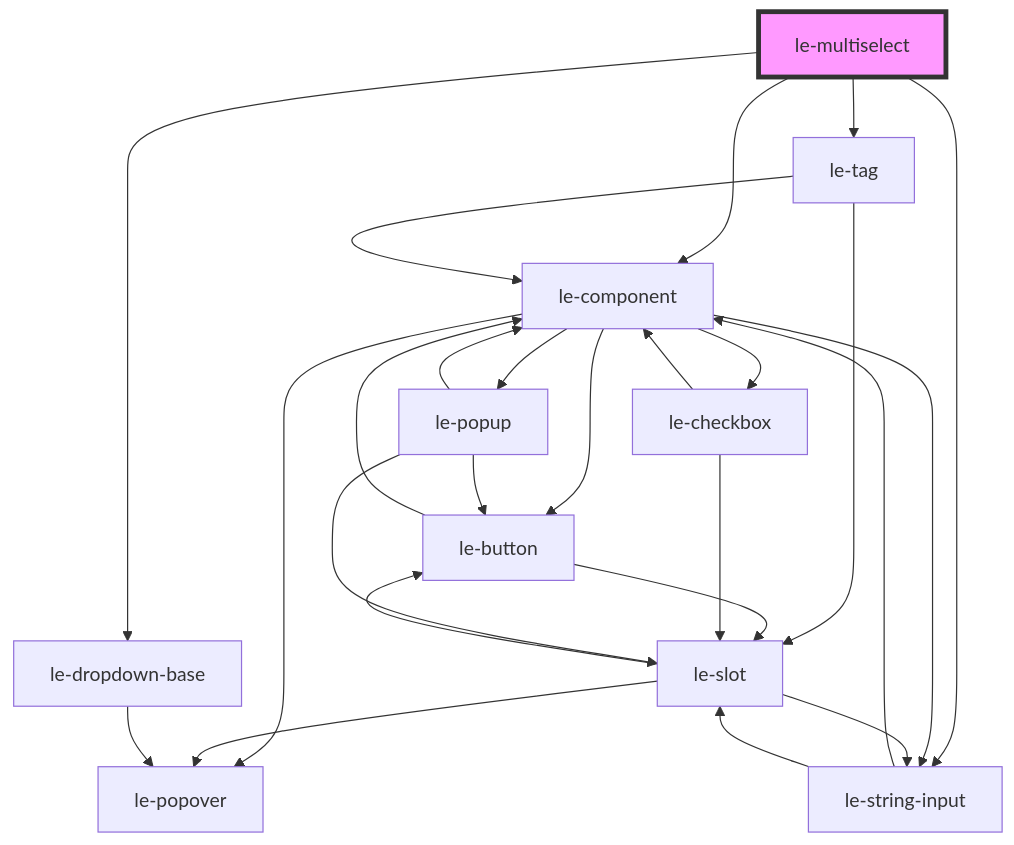
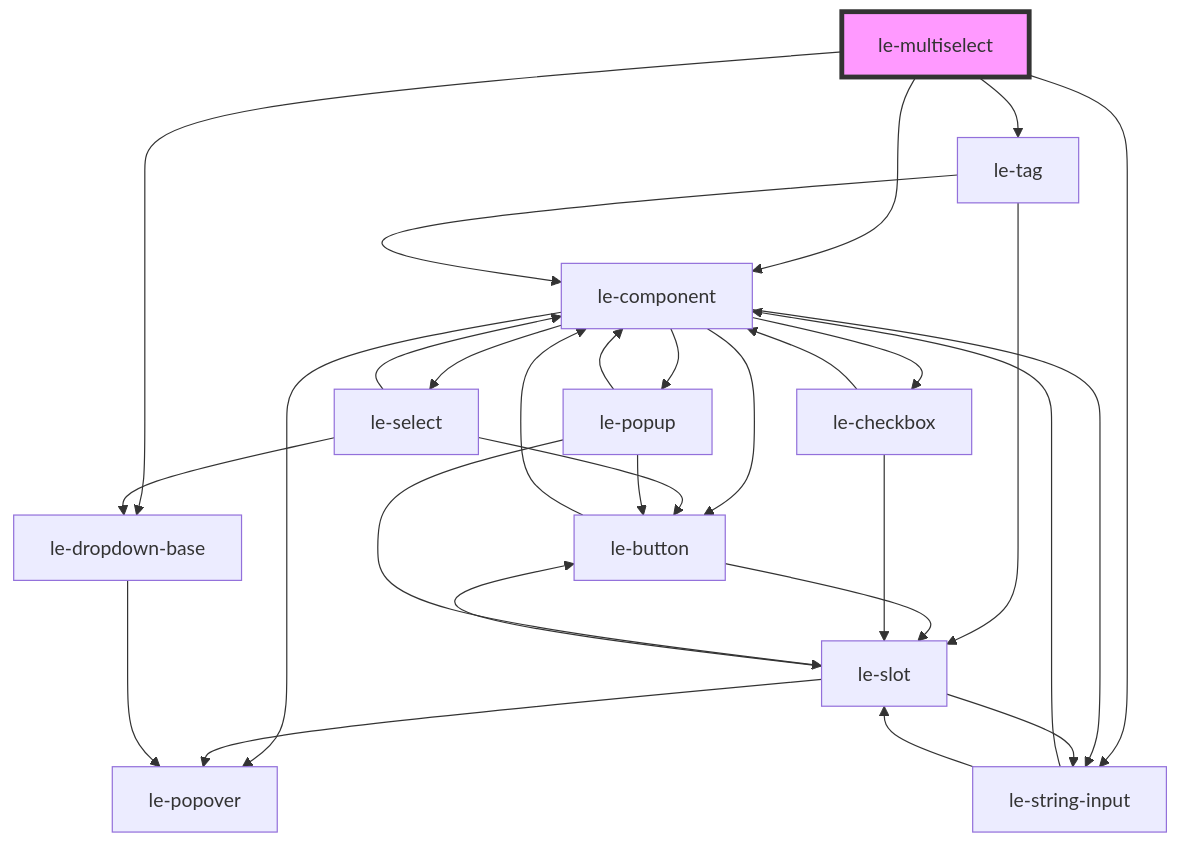
Before and after one commit to leechy/le-kit: the diagram in packages/core/src/components/le-multiselect/readme.md, drawn with Mermaid. The commit also changed 32 other files, not shown here.

````diff
--- a/packages/core/src/components/le-multiselect/readme.md
+++ b/packages/core/src/components/le-multiselect/readme.md
@@ -85,28 +85,32 @@
 ```mermaid
 graph TD;
   le-multiselect --> le-tag
   le-multiselect --> le-component
   le-multiselect --> le-dropdown-base
   le-multiselect --> le-string-input
   le-tag --> le-component
   le-tag --> le-slot
   le-component --> le-button
+  le-component --> le-select
   le-component --> le-checkbox
   le-component --> le-string-input
   le-component --> le-popover
   le-component --> le-popup
   le-button --> le-component
   le-button --> le-slot
   le-slot --> le-popover
   le-slot --> le-button
   le-slot --> le-string-input
   le-string-input --> le-component
   le-string-input --> le-slot
+  le-select --> le-component
+  le-select --> le-dropdown-base
+  le-select --> le-button
+  le-dropdown-base --> le-popover
   le-checkbox --> le-component
   le-checkbox --> le-slot
   le-popup --> le-slot
   le-popup --> le-button
   le-popup --> le-component
-  le-dropdown-base --> le-popover
   style le-multiselect fill:#f9f,stroke:#333,stroke-width:4px
 ```
````
